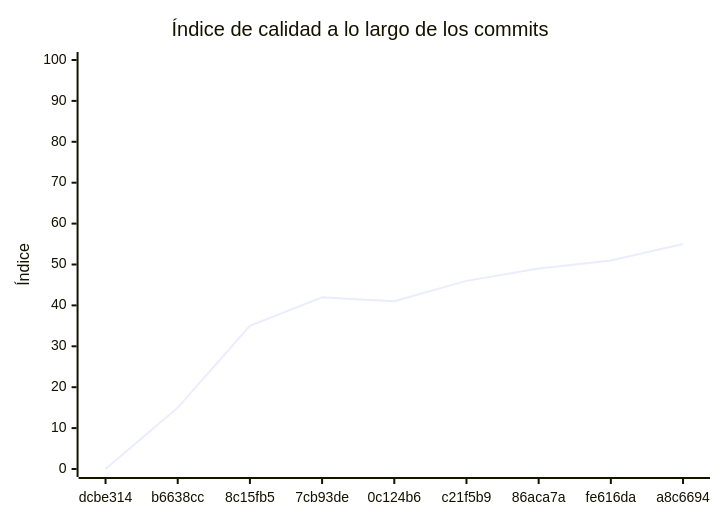
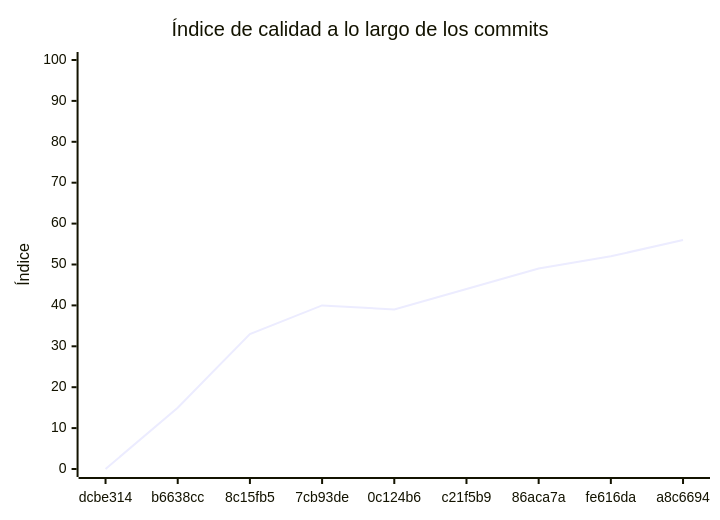
Before and after one commit to mat-gomez/appointment-service: the diagram in docs/EVALUACION.md, drawn with Mermaid. The commit also changed other lines of this file and 1 other file, not shown here.

````diff
--- a/docs/EVALUACION.md
+++ b/docs/EVALUACION.md
@@ -167,7 +153,7 @@
 ```mermaid
 xychart-beta
     title "Índice de calidad a lo largo de los commits"
     x-axis ["dcbe314", "b6638cc", "8c15fb5", "7cb93de", "0c124b6", "c21f5b9", "86aca7a", "fe616da", "a8c6694"]
     y-axis "Índice" 0 --> 100
-    line [0, 15, 35, 42, 41, 46, 49, 51, 55]
+    line [0, 15, 33, 40, 39, 44, 49, 52, 56]
 ```
````
